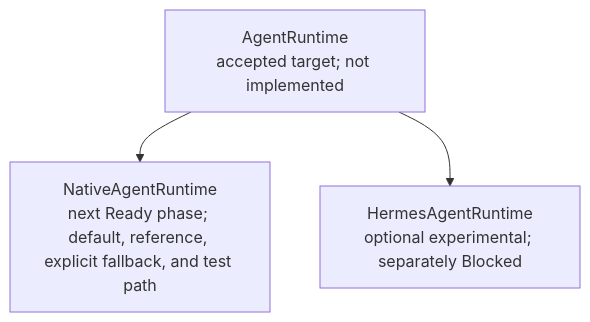
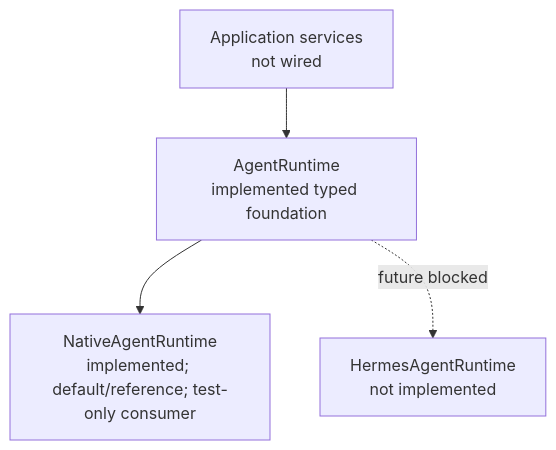
One commit to SillyRbbit/ai-agent-assistant changed the third of 4 diagrams in ARCHITECTURE.md. Above: the diagram before and after it, drawn with Mermaid. The commit also changed other lines of this file and 12 other files, not shown here.

Commit message:
feat(agent): add native runtime boundary

````diff
--- a/ARCHITECTURE.md
+++ b/ARCHITECTURE.md
@@ -139,6 +142,6 @@
 ```mermaid
 flowchart TD
-    Contract["AgentRuntime<br/>accepted target; not implemented"]
-    Contract --> Native["NativeAgentRuntime<br/>next Ready phase; default, reference, explicit fallback, and test path"]
-    Contract --> Hermes["HermesAgentRuntime<br/>optional experimental; separately Blocked"]
+    Application["Application services<br/>not wired"] --> Contract["AgentRuntime<br/>implemented typed foundation"]
+    Contract --> Native["NativeAgentRuntime<br/>implemented; default/reference; test-only consumer"]
+    Contract -. future blocked .-> Hermes["HermesAgentRuntime<br/>not implemented"]
 ```
````
